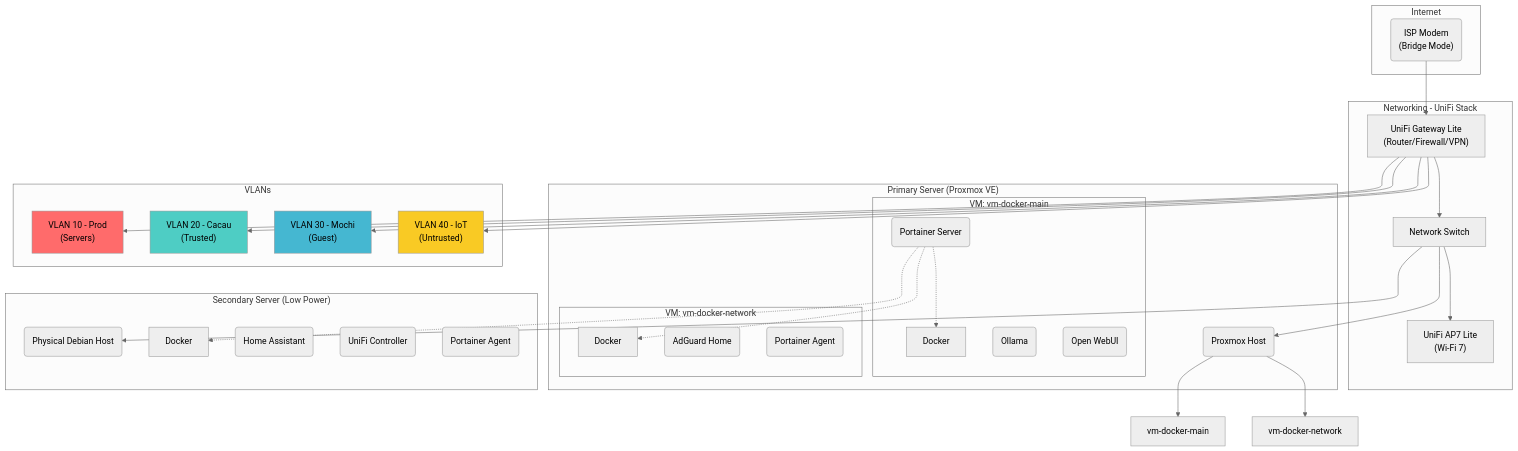
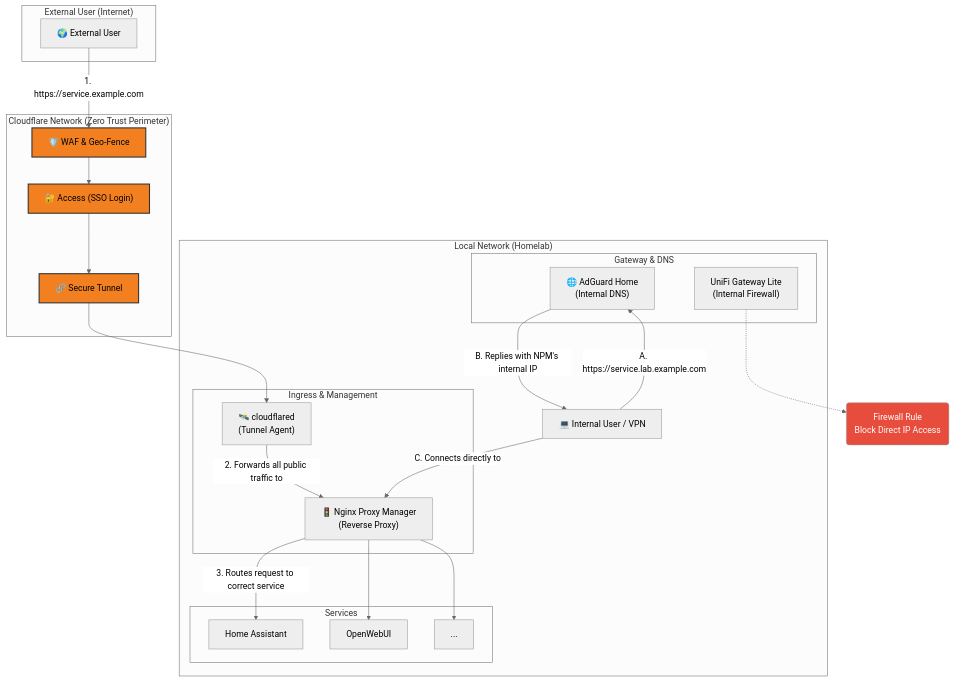
The diagram in docs/network-architecture.md (luhashi/home-lab), drawn with Mermaid (neutral theme) before and after one commit. The commit also changed other lines of this file and 1 other file, not shown here.

Commit message:
npm and cloudflare

````diff
--- a/docs/network-architecture.md
+++ b/docs/network-architecture.md
@@ -31,65 +48,50 @@
 ```mermaid
 graph TD
-    subgraph "Internet"
-        ISP_Modem("ISP Modem<br/>(Bridge Mode)")
+    subgraph "External User (Internet)"
+        User_External["🌍 External User"]
     end
 
-    subgraph "Networking - UniFi Stack"
-        UGW["UniFi Gateway Lite<br/>(Router/Firewall/VPN)"]
-        SW["Network Switch"]
-        AP["UniFi AP7 Lite<br/>(Wi-Fi 7)"]
+    subgraph "Cloudflare Network (Zero Trust Perimeter)"
+        CF_WAF["🛡️ WAF & Geo-Fence"]
+        CF_Access["🔐 Access (SSO Login)"]
+        CF_Tunnel["🔗 Secure Tunnel"]
+        style CF_WAF fill:#f38020,stroke:#333,stroke-width:2px
+        style CF_Access fill:#f38020,stroke:#333,stroke-width:2px
+        style CF_Tunnel fill:#f38020,stroke:#333,stroke-width:2px
     end
 
-    subgraph "Primary Server (Proxmox VE)"
-        PVE("Proxmox Host")
-        subgraph "VM: vm-docker-main"
-            DockerMain["Docker"]
-            PortainerServer("Portainer Server")
-            Ollama("Ollama")
-            OpenWebUI("Open WebUI")
+    subgraph "Local Network (Homelab)"
+        subgraph "Gateway & DNS"
+            UGW["UniFi Gateway Lite<br/>(Internal Firewall)"]
+            AdGuard["🌐 AdGuard Home<br/>(Internal DNS)"]
         end
-        subgraph "VM: vm-docker-network"
-            DockerNet["Docker"]
-            AdGuard("AdGuard Home")
-            AgentNet("Portainer Agent")
+        subgraph "Ingress & Management"
+            Cloudflared["🛰️ cloudflared<br/>(Tunnel Agent)"]
+            NPM["🚦 Nginx Proxy Manager<br/>(Reverse Proxy)"]
         end
+        subgraph "Services"
+            HA["Home Assistant"]
+            WebUI["OpenWebUI"]
+            OtherServices["..."]
+        end
+        User_Internal["💻 Internal User / VPN"]
     end
 
-    subgraph "Secondary Server (Low Power)"
-        DebianServer("Physical Debian Host")
-        DockerLP["Docker"]
-        HA("Home Assistant")
-        UniFiCtrl("UniFi Controller")
-        AgentLP("Portainer Agent")
-    end
+    User_External -- "1. https://service.example.com" --> CF_WAF
+    CF_WAF --> CF_Access
+    CF_Access --> CF_Tunnel
+    CF_Tunnel --> Cloudflared
+    
+    Cloudflared -- "2. Forwards all public traffic to" --> NPM
+    
+    User_Internal -- "A. https://service.lab.example.com" --> AdGuard
+    AdGuard -- "B. Replies with NPM's internal IP" --> User_Internal
+    User_Internal -- "C. Connects directly to" --> NPM
+    
+    NPM -- "3. Routes request to correct service" --> HA
+    NPM -- " " --> WebUI
+    NPM -- " " --> OtherServices
 
-    subgraph "VLANs"
-        VLAN10["VLAN 10 - Prod<br/>(Servers)"]
-        VLAN20["VLAN 20 - Cacau<br/>(Trusted)"]
-        VLAN30["VLAN 30 - Mochi<br/>(Guest)"]
-        VLAN40["VLAN 40 - IoT<br/>(Untrusted)"]
-    end
-
-    ISP_Modem --> UGW
-    UGW --> SW
-    SW --> PVE
-    SW --> DebianServer
-    SW --> AP
-
-    PVE --> vm-docker-main
-    PVE --> vm-docker-network
-
-    PortainerServer -.-> DockerMain
-    PortainerServer -.-> DockerNet
-    PortainerServer -.-> DockerLP
-
-    UGW --> VLAN10
-    UGW --> VLAN20
-    UGW --> VLAN30
-    UGW --> VLAN40
-
-    style VLAN10 fill:#ff6b6b
-    style VLAN20 fill:#4ecdc4
-    style VLAN30 fill:#45b7d1
-    style VLAN40 fill:#f9ca24
+    UGW -.-> UGW_Firewall_Rule(Firewall Rule<br>Block Direct IP Access)
+    style UGW_Firewall_Rule fill:#e74c3c,color:#fff
 ```
````
